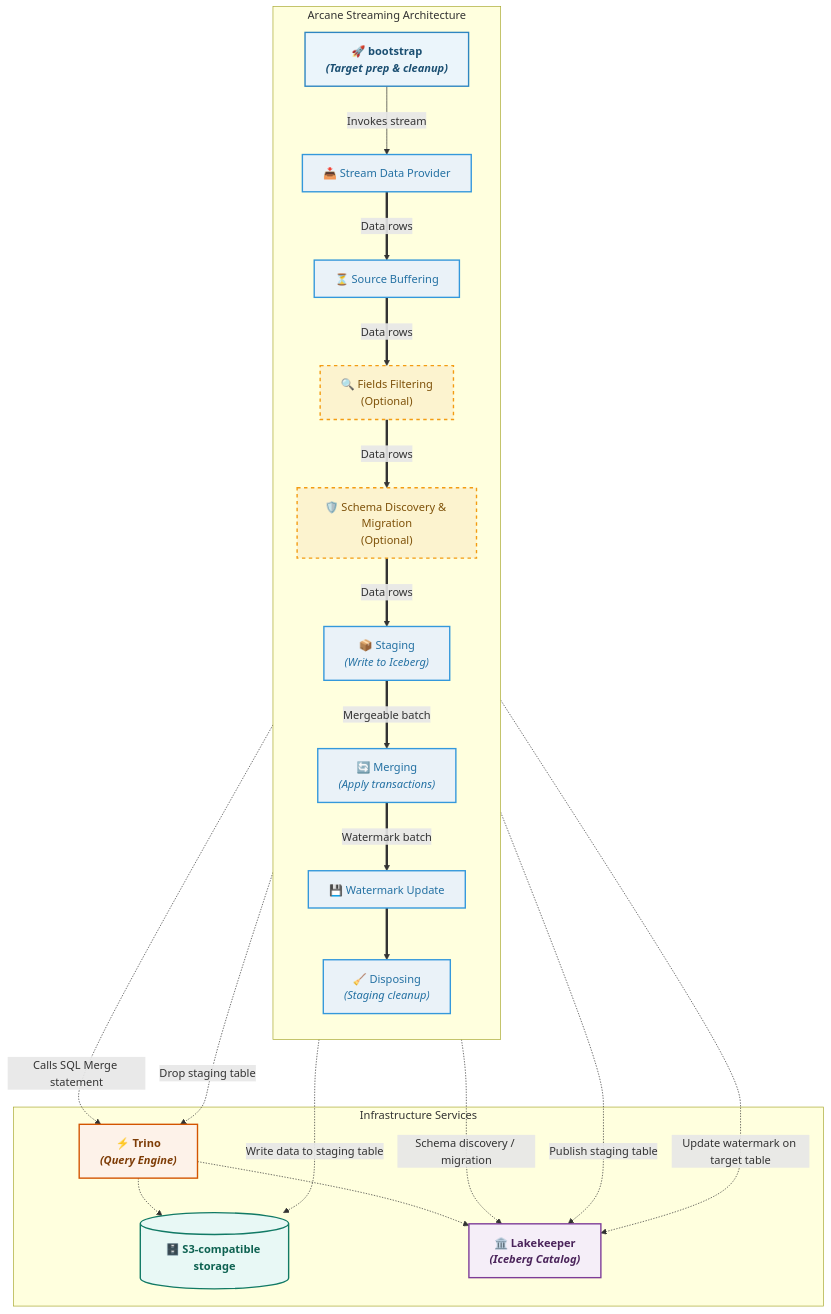
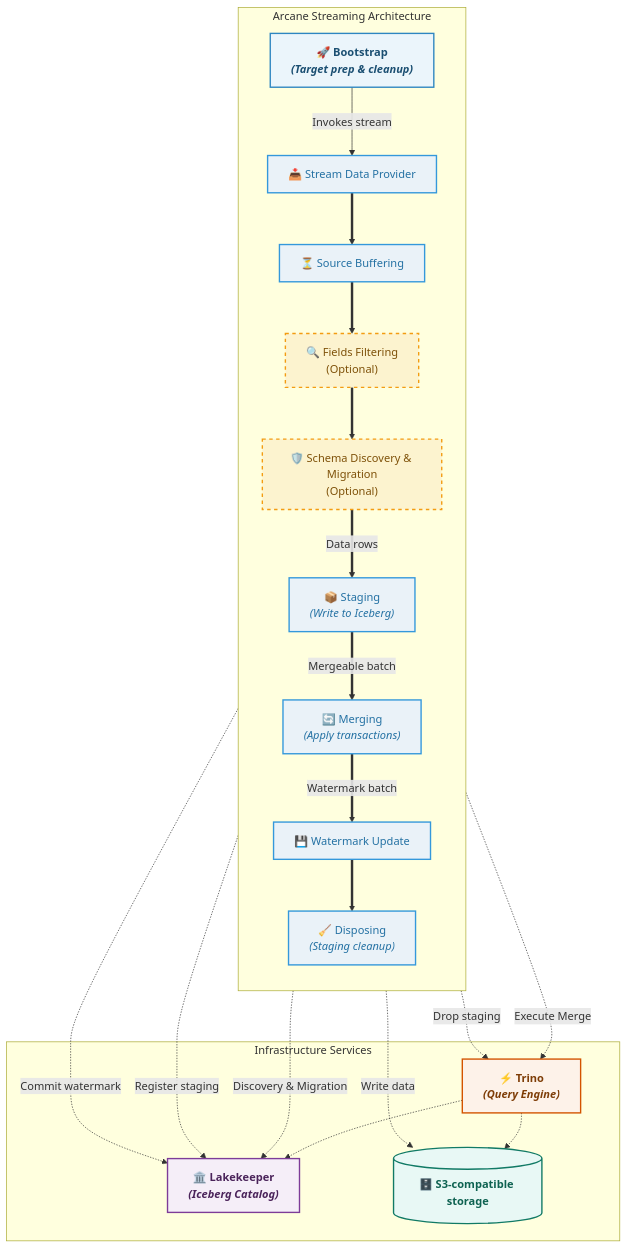
The diagram in docs/architecture.md (SneaksAndData/arcane-framework-scala), drawn with Mermaid before and after one commit.

````diff
--- a/docs/architecture.md
+++ b/docs/architecture.md
@@ -1,52 +1,52 @@
 ```mermaid
 graph TD
     %% Modern Professional Theme & Styling
     classDef bootstrap fill:#ebf5fb,stroke:#2e86c1,stroke-width:2px,color:#1b4f72,font-weight:bold;
     classDef core fill:#eaf2f8,stroke:#3498db,stroke-width:2px,color:#2471a3;
     classDef optional fill:#fcf3cf,stroke:#f39c12,stroke-width:2px,stroke-dasharray: 5 5,color:#7e5109;
     classDef storage fill:#e8f8f5,stroke:#117a65,stroke-width:2px,color:#0e6251,font-weight:bold;
     classDef catalog fill:#f5eef8,stroke:#7d3c98,stroke-width:2px,color:#4a235a,font-weight:bold;
     classDef engine fill:#fdf2e9,stroke:#d35400,stroke-width:2px,color:#7e3d07,font-weight:bold;
 
     subgraph Arcane [Arcane Streaming Architecture]
         direction TB
-        Bootstrap["🚀 bootstrap<br/><i>(Target prep & cleanup)</i>"]:::bootstrap
+        Bootstrap["🚀 Bootstrap<br/><i>(Target prep & cleanup)</i>"]:::bootstrap
         StreamDataProvider["📥 Stream Data Provider"]:::core
         SourceBuffering["⏳ Source Buffering"]:::core
         FieldsFiltering["🔍 Fields Filtering<br/>(Optional)"]:::optional
         SchemaDiscoveryMigration["🛡️ Schema Discovery & Migration<br/>(Optional)"]:::optional
         Staging["📦 Staging<br/><i>(Write to Iceberg)</i>"]:::core
         Merging["🔄 Merging<br/><i>(Apply transactions)</i>"]:::core
         WatermarkUpdate["💾 Watermark Update"]:::core
         Disposing["🧹 Disposing<br/><i>(Staging cleanup)</i>"]:::core
     end
 
     subgraph Infrastructure [Infrastructure Services]
+        Lakekeeper["🏛️ Lakekeeper<br/><i>(Iceberg Catalog)</i>"]:::catalog
         S3[("🗄️ S3-compatible storage")]:::storage
-        Lakekeeper["🏛️ Lakekeeper<br/><i>(Iceberg Catalog)</i>"]:::catalog
         Trino["⚡ Trino<br/><i>(Query Engine)</i>"]:::engine
     end
 
     %% Internal pipeline connections & Data Flows
     Bootstrap -->|Invokes stream| StreamDataProvider
-    StreamDataProvider ==>|"Data rows"| SourceBuffering
-    SourceBuffering ==>|"Data rows"| FieldsFiltering
-    FieldsFiltering ==>|"Data rows"| SchemaDiscoveryMigration
+    StreamDataProvider ==> SourceBuffering
+    SourceBuffering ==> FieldsFiltering
+    FieldsFiltering ==> SchemaDiscoveryMigration
     SchemaDiscoveryMigration ==>|"Data rows"| Staging
     Staging ==>|"Mergeable batch"| Merging
     Merging ==>|"Watermark batch"| WatermarkUpdate
     WatermarkUpdate ==> Disposing
 
     %% External Data and Command Interactions
-    SchemaDiscoveryMigration -.->|"Schema discovery / migration"| Lakekeeper
-    Staging -.->|"Write data to staging table"| S3
-    Staging -.->|"Publish staging table"| Lakekeeper
+    SchemaDiscoveryMigration -.->|"Discovery & Migration"| Lakekeeper
+    Staging -.->|"Write data"| S3
+    Staging -.->|"Register staging"| Lakekeeper
 
-    Merging -.->|"Calls SQL Merge statement"| Trino
-    WatermarkUpdate -.->|"Update watermark on target table"| Lakekeeper
-    Disposing -.->|"Drop staging table"| Trino
+    Merging -.->|"Execute Merge"| Trino
+    WatermarkUpdate -.->|"Commit watermark"| Lakekeeper
+    Disposing -.->|"Drop staging"| Trino
 
     %% Trino Interactions
     Trino -.-> Lakekeeper
     Trino -.-> S3
 ```
````
